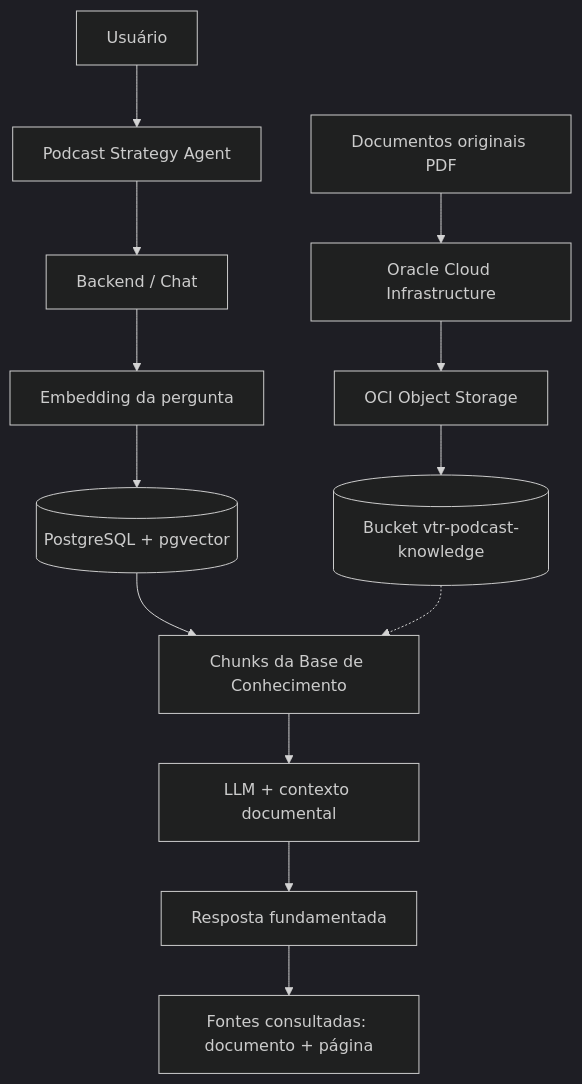
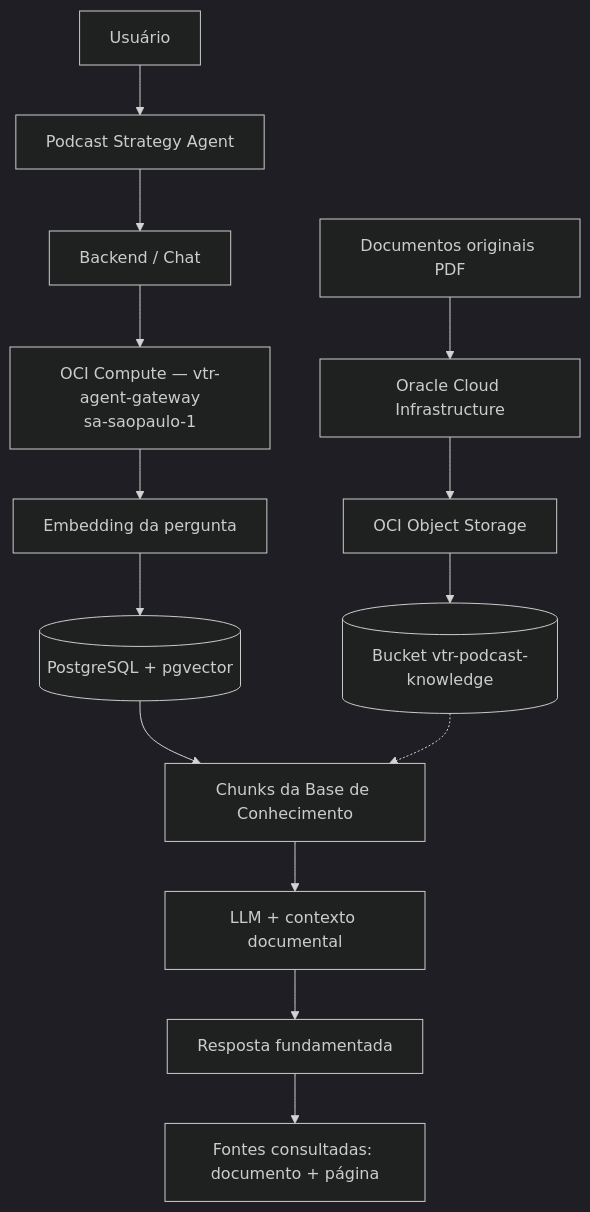
The diagram in README.md (vtrgalves/podcast-validator), drawn with Mermaid (dark theme) before and after one commit. The commit also changed other lines of this file, not shown here.

````diff
--- a/README.md
+++ b/README.md
@@ -97,15 +97,16 @@
 ```mermaid
 flowchart TD
     U[Usuário] --> A[Podcast Strategy Agent]
     A --> B[Backend / Chat]
-    B --> E[Embedding da pergunta]
+    B --> G[OCI Compute — vtr-agent-gateway<br/>sa-saopaulo-1]
+    G --> E[Embedding da pergunta]
     E --> V[(PostgreSQL + pgvector)]
     V --> C[Chunks da Base de Conhecimento]
     C --> L[LLM + contexto documental]
     L --> R[Resposta fundamentada]
     R --> S[Fontes consultadas: documento + página]
     D[Documentos originais PDF] --> O[Oracle Cloud Infrastructure]
     O --> OS[OCI Object Storage]
     OS --> BK[(Bucket vtr-podcast-knowledge)]
     BK -.-> C
 ```
````
